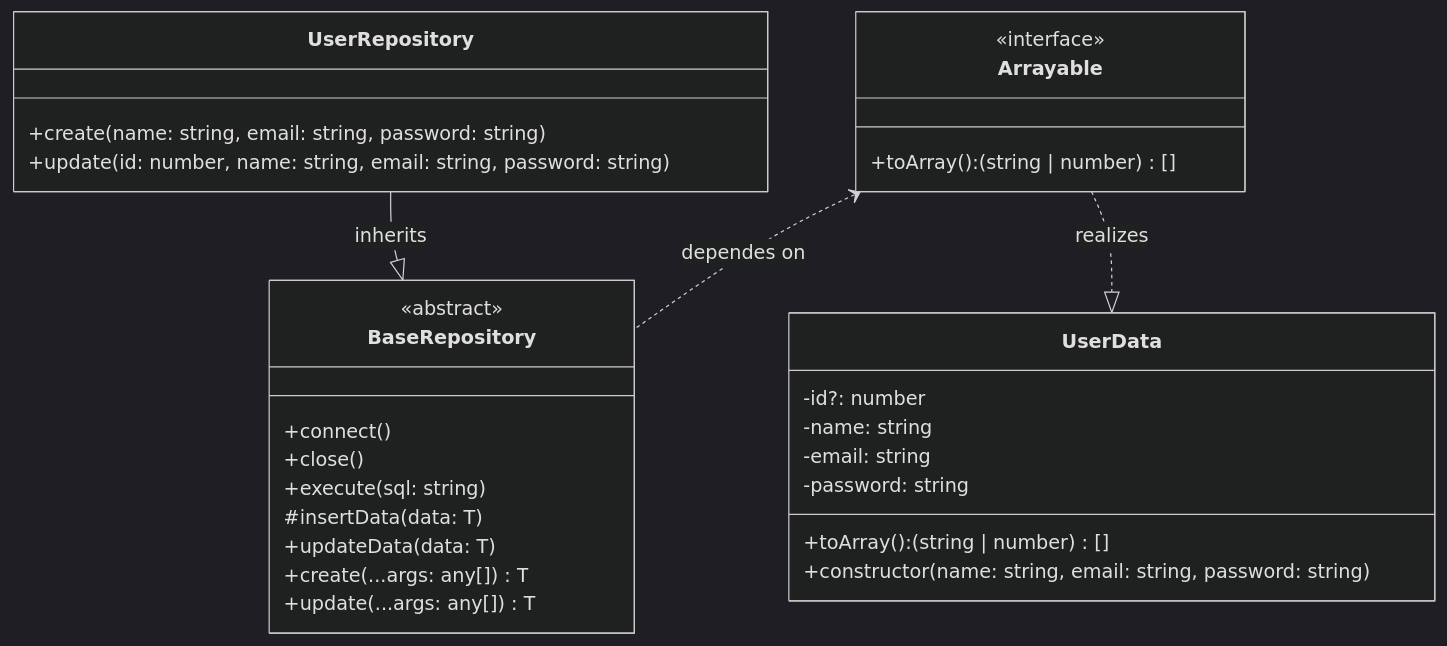
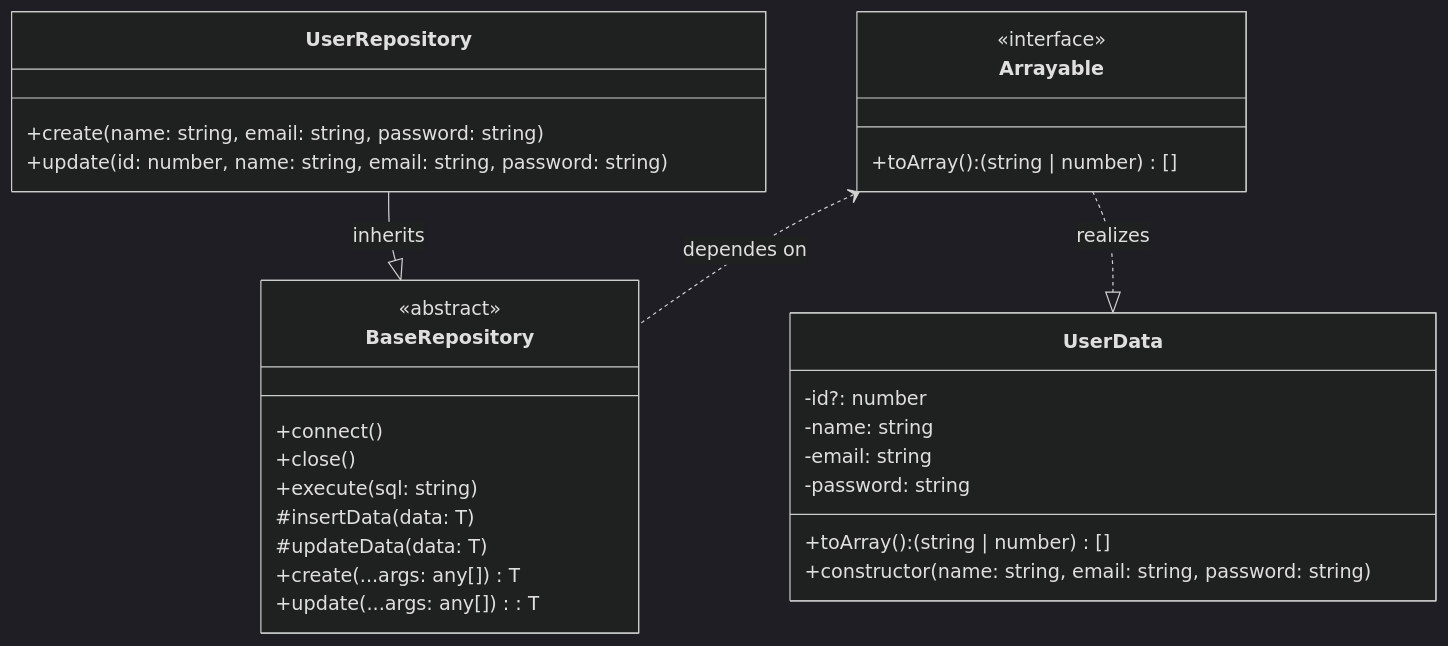
The first of 2 diagrams in TypeScript/md.md (nominalrune/wiki_project), drawn with Mermaid (dark theme) before and after one commit.

````diff
--- a/TypeScript/md.md
+++ b/TypeScript/md.md
@@ -4,33 +4,33 @@
 ```mermaid
 classDiagram
     class BaseRepository {
         <<abstract>>
         <<T>>
         +connect()
         +close()
         +execute(sql: string)
         #insertData(data: T)
-        +updateData(data: T)
+        #updateData(data: T)
         +create(...args: any[]) T
-        +update(...args: any[]) T
+        +update(...args: any[]): T
     }
     class UserRepository {
         +create(name: string, email: string, password: string)
         +update(id: number, name: string, email: string, password: string)
     }
     class UserData {
         -id?: number
         -name: string
         -email: string
         -password: string
         +toArray(): (string | number)[]
         +constructor(name: string, email: string, password: string)
     }
     class Arrayable {
         <<interface>>
           +toArray(): (string | number)[]
     }
     UserRepository --|> BaseRepository :inherits
     Arrayable <.. BaseRepository :dependes on
     Arrayable ..|> UserData :realizes
 ```
````
